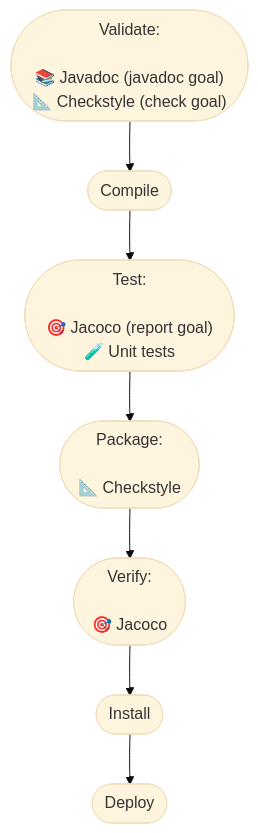
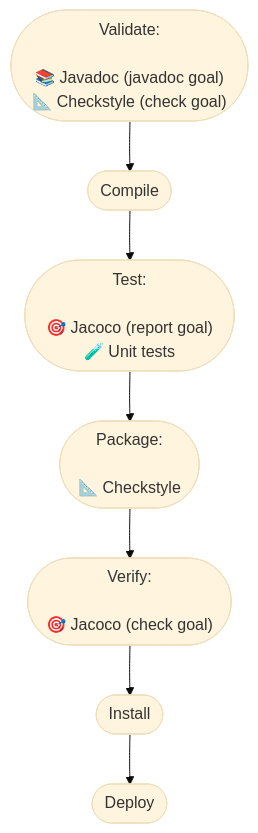
The diagram in README.md (antoinebrunet1/shortesttm-path), drawn with Mermaid (base theme) before and after one commit.

Commit message:
Added check goal to Jacoco in Verify in Maven diagram in README

````diff
--- a/README.md
+++ b/README.md
@@ -57,19 +57,19 @@
 ```mermaid
 graph TD;
     id1(["Validate:
     
     📚 Javadoc (javadoc goal)
 📐 Checkstyle (check goal)"])-->id2([Compile])
     id2([Compile])-->id3([Test])
     id3(["Test:
     
 🎯 Jacoco (report goal)
 🧪 Unit tests"])-->id4([Package])
     id4(["Package:
     
 📐 Checkstyle"])-->id5([Verify])
     id5(["Verify:
     
-🎯 Jacoco"])-->id6([Install])
+🎯 Jacoco (check goal)"])-->id6([Install])
     id6([Install])-->id7([Deploy])
 ```
````
